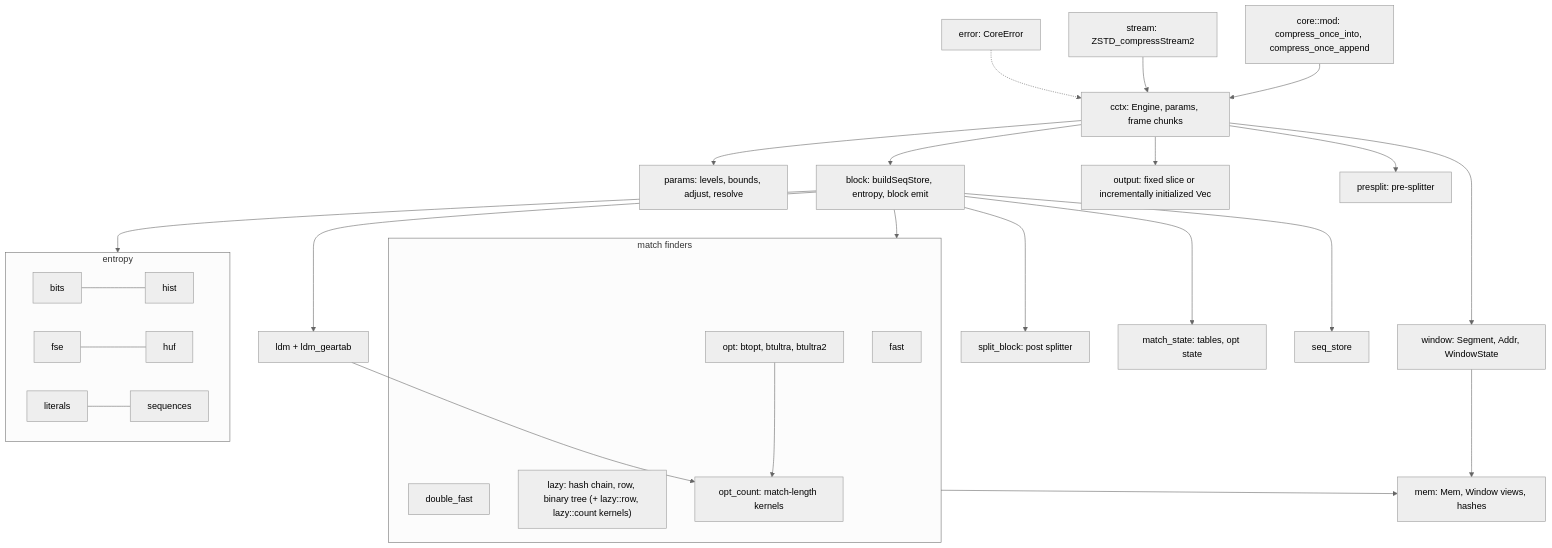
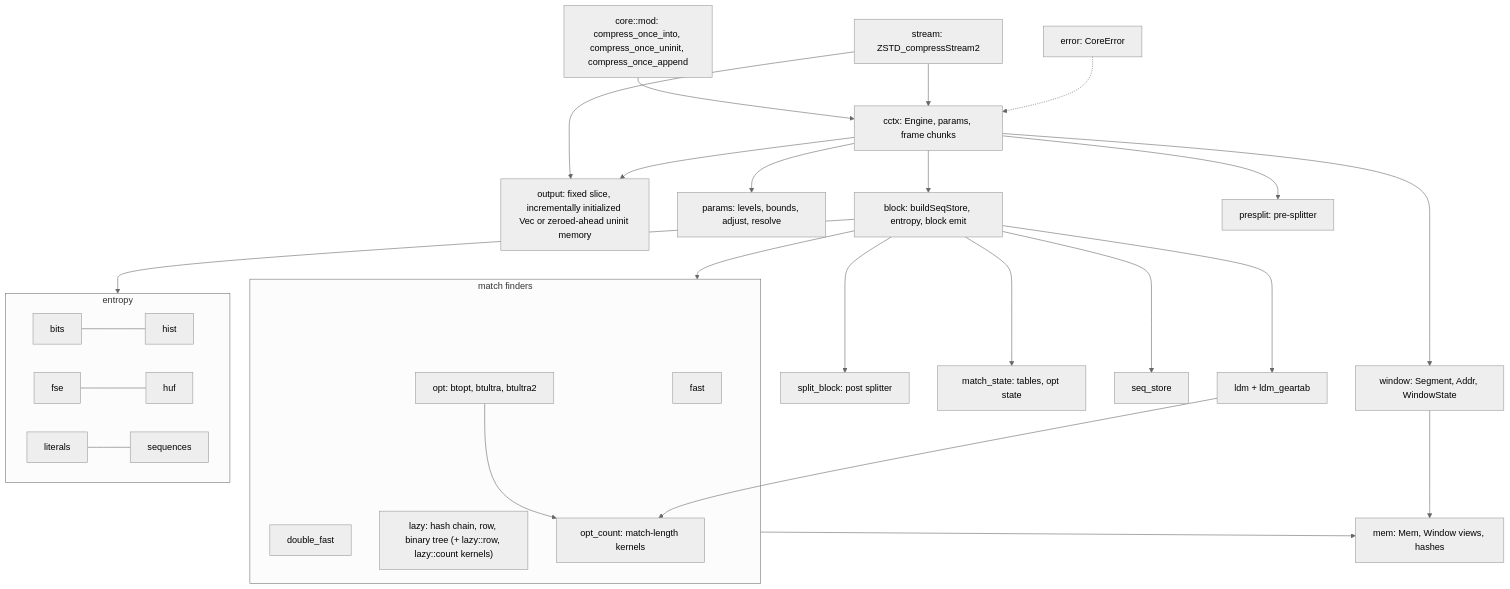
Before and after one commit to M-Compressors/mzstd: the first of 11 diagrams in architecture/encoder-core.md, drawn with Mermaid (neutral theme). The commit also changed other lines of this file and 20 other files, not shown here.

````diff
--- a/architecture/encoder-core.md
+++ b/architecture/encoder-core.md
@@ -13,33 +13,34 @@
 ```mermaid
 graph TD
-    Mod["core::mod: compress_once_into, compress_once_append"] --> Cctx[cctx: Engine, params, frame chunks]
+    Mod["core::mod: compress_once_into, compress_once_uninit, compress_once_append"] --> Cctx[cctx: Engine, params, frame chunks]
     Stream[stream: ZSTD_compressStream2] --> Cctx
+    Stream --> Output
     Cctx --> Params[params: levels, bounds, adjust, resolve]
     Cctx --> Window[window: Segment, Addr, WindowState]
     Cctx --> Block[block: buildSeqStore, entropy, block emit]
-    Cctx --> Output["output: fixed slice or incrementally initialized Vec"]
+    Cctx --> Output["output: fixed slice, incrementally initialized Vec or zeroed-ahead uninit memory"]
     Cctx --> Presplit[presplit: pre-splitter]
     Block --> Split[split_block: post splitter]
     Block --> MS[match_state: tables, opt state]
     Block --> Finders
     subgraph Finders[match finders]
         Fast[fast]
         DFast[double_fast]
         Lazy["lazy: hash chain, row, binary tree (+ lazy::row, lazy::count kernels)"]
         Opt["opt: btopt, btultra, btultra2"]
         OptCount["opt_count: match-length kernels"]
         Opt --> OptCount
     end
     Block --> Ldm[ldm + ldm_geartab]
     Ldm --> OptCount
     Block --> Seq[seq_store]
     Block --> Entropy
     subgraph Entropy[entropy]
         Bits[bits] --- Hist[hist]
         Fse[fse] --- Huf[huf]
         Lit[literals] --- Seqs[sequences]
     end
     Finders --> Mem["mem: Mem, Window views, hashes"]
     Window --> Mem
     Error[error: CoreError] -.-> Cctx
 ```
````
